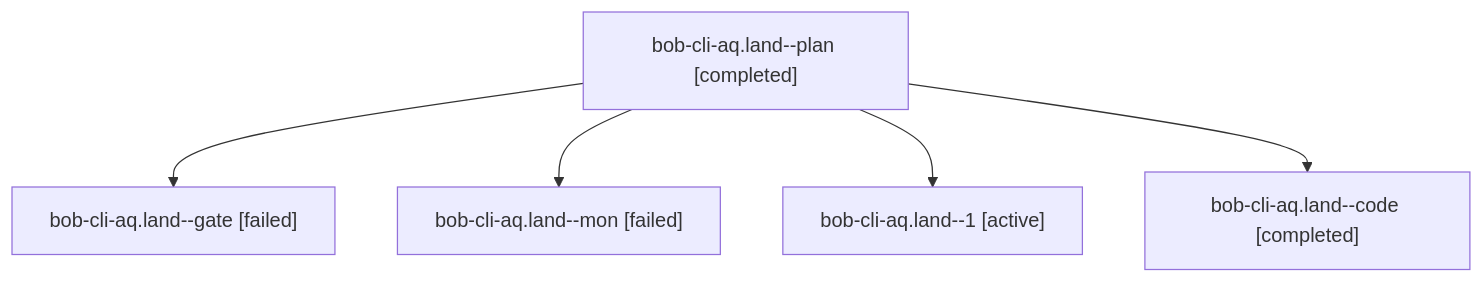
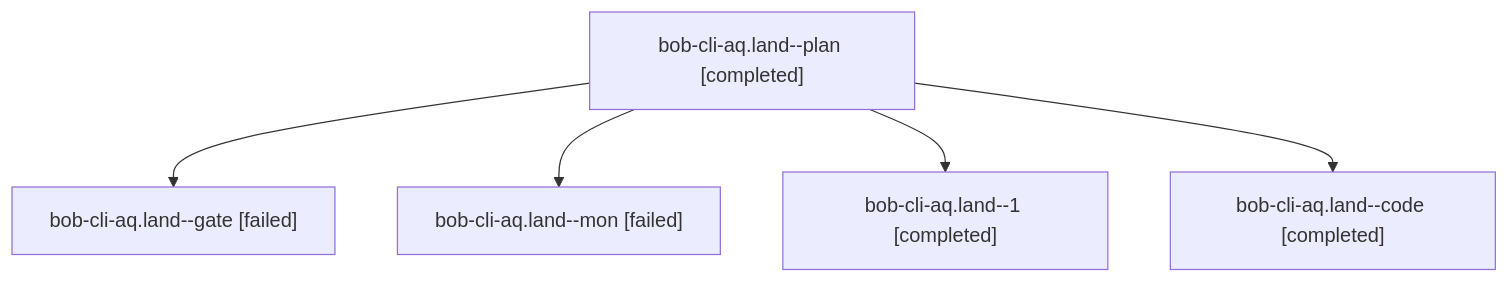
One commit to bobs-org/bob-cli--agents changed the diagram in sessions/bbugyi200.athena.bob-cli-aq.land.md. Above: the diagram before and after it, drawn with Mermaid. The commit also changed other lines of this file and 15 other files, not shown here.

````diff
--- a/sessions/bbugyi200.athena.bob-cli-aq.land.md
+++ b/sessions/bbugyi200.athena.bob-cli-aq.land.md
@@ -9,12 +9,12 @@
 ```mermaid
 flowchart TD
   n0["bob-cli-aq.land--plan [completed]"]
   n1["bob-cli-aq.land--gate [failed]"]
   n0 --> n1
   n2["bob-cli-aq.land--mon [failed]"]
   n0 --> n2
-  n3["bob-cli-aq.land--1 [active]"]
+  n3["bob-cli-aq.land--1 [completed]"]
   n0 --> n3
   n4["bob-cli-aq.land--code [completed]"]
   n0 --> n4
 ```
````
